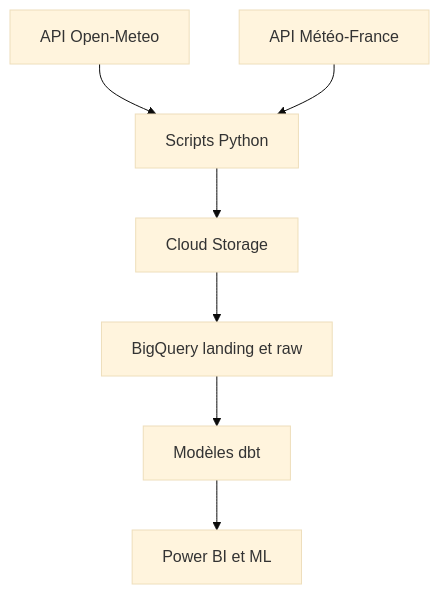
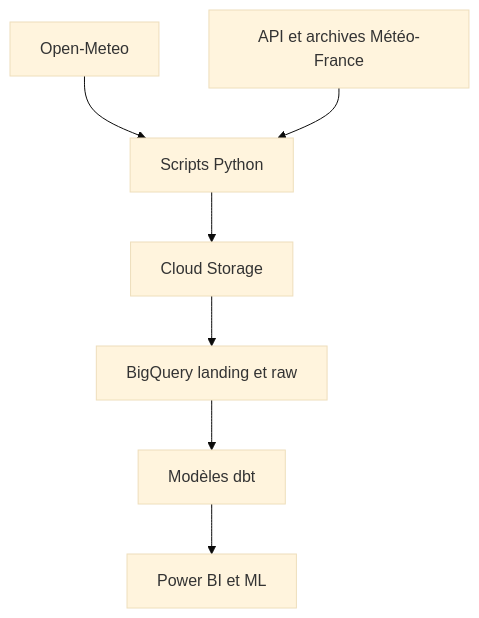
One commit to Thymael/Projet-Fourcasters changed the diagram in README.md. Above: the diagram before and after it, drawn with Mermaid (base theme). The commit also changed other lines of this file and 3 other files, not shown here.

Commit message:
Ajoute l'import des archives Météo-France

````diff
--- a/README.md
+++ b/README.md
@@ -22,9 +23,9 @@
 ```mermaid
 flowchart TD
-    A[API Open-Meteo] --> C[Scripts Python]
-    B[API Météo-France] --> C
+    A[Open-Meteo] --> C[Scripts Python]
+    B[API et archives Météo-France] --> C
     C --> D[Cloud Storage]
     D --> E[BigQuery landing et raw]
     E --> F[Modèles dbt]
     F --> G[Power BI et ML]
 ```
````
